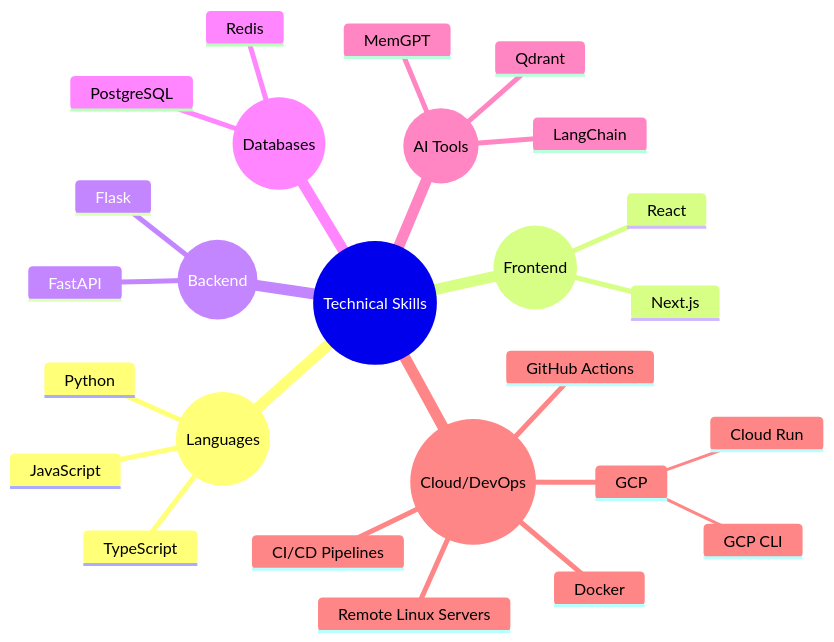
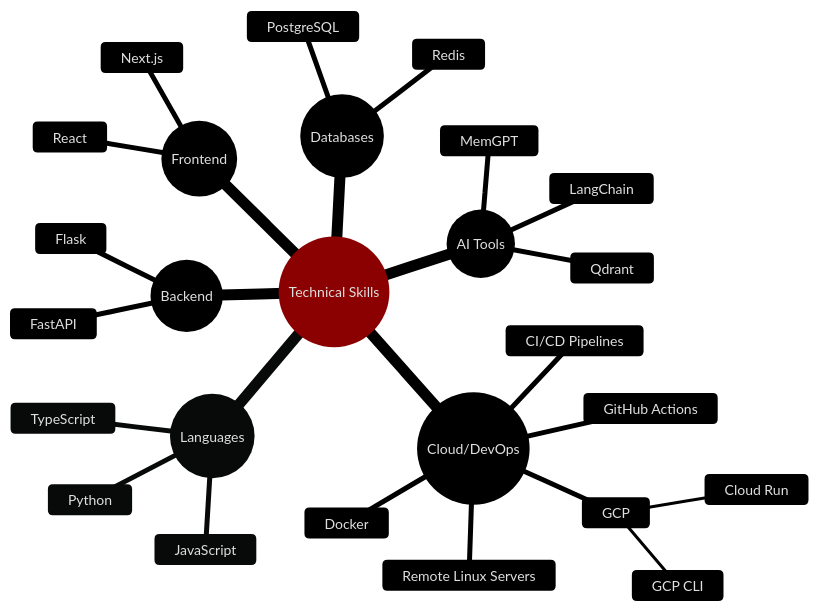
One commit to Himanshu2561/Himanshu2561 changed the diagram in README.md. Above: the diagram before and after it, drawn with Mermaid.

````diff
--- a/README.md
+++ b/README.md
@@ -10,29 +10,33 @@
 ```mermaid
+---
+config:
+  theme: neo-dark
+---
 mindmap
   root((Technical Skills))
     ((Languages))
       Python
       TypeScript
       JavaScript
     ((Frontend))
       React
       Next.js
     ((Backend))
       FastAPI
       Flask
     ((Databases))
       PostgreSQL
       Redis
     ((AI Tools))
       MemGPT
       LangChain
       Qdrant
     ((Cloud/DevOps))
       GCP
         Cloud Run
         GCP CLI
       Docker
       GitHub Actions
       CI/CD Pipelines
       Remote Linux Servers
 ```
````
